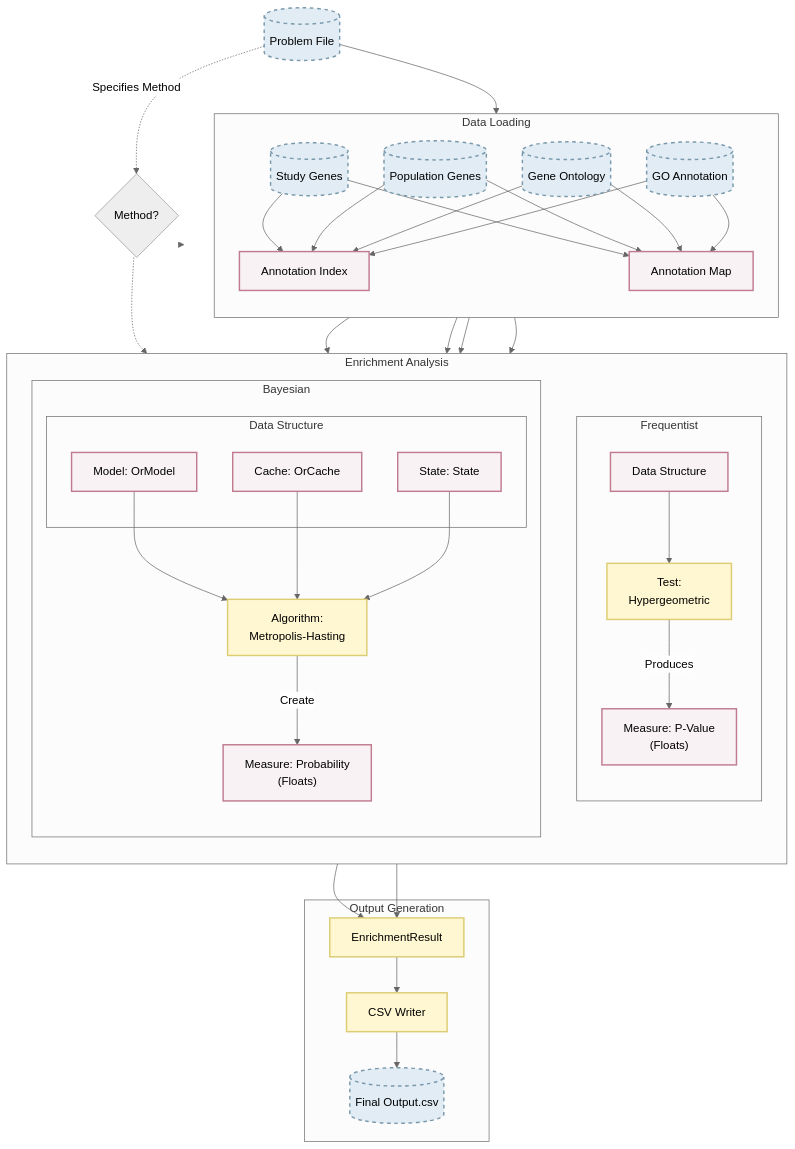
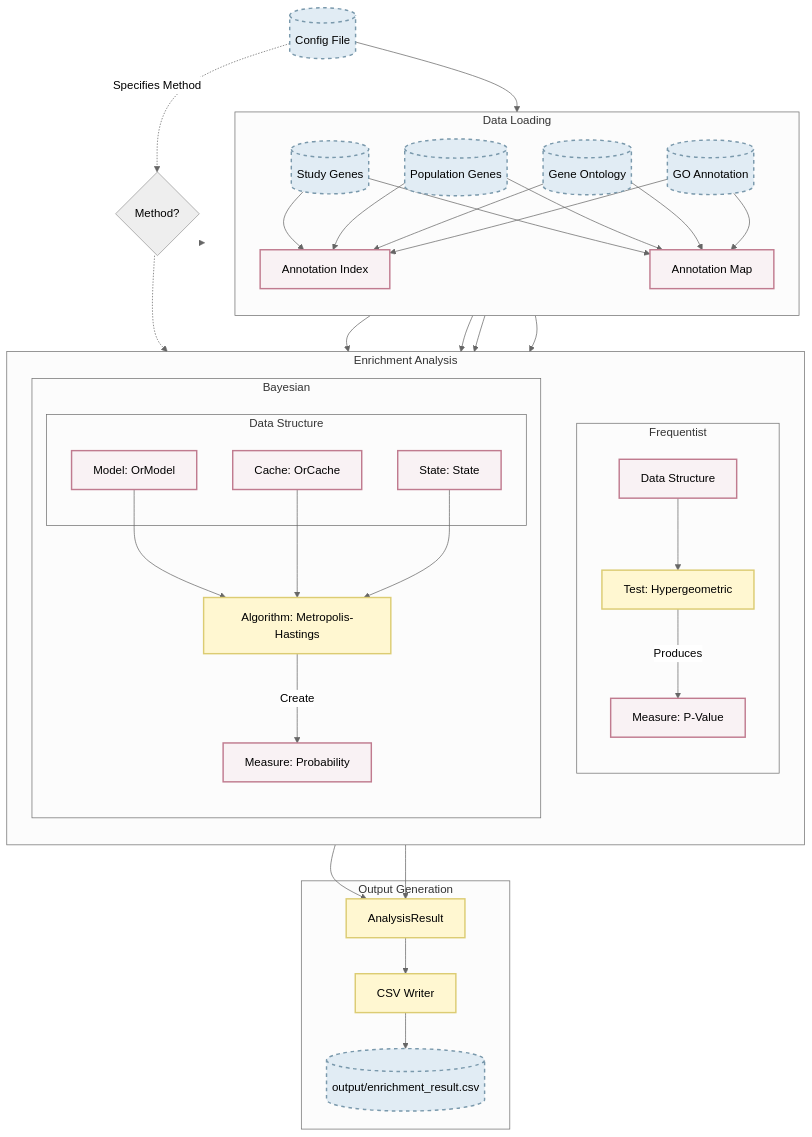
The diagram in README.md (P2GX/ontologizer), drawn with Mermaid (neutral theme) before and after one commit. The commit also changed other lines of this file and 9 other files, not shown here.

````diff
--- a/README.md
+++ b/README.md
@@ -48,20 +110,13 @@
 ```mermaid
 graph TD;
-    %% --- Define specific styles for clarity ---
     classDef file fill:#e1ecf4,stroke:#7a99ac,stroke-width:2px,stroke-dasharray: 5 5;
     classDef struct fill:#f9f2f4,stroke:#c07b8f,stroke-width:2px;
     classDef process fill:#fff7d1,stroke:#dccc73,stroke-width:2px;
 
-    %% --- Main Entry ---
-    %% ProblemFile now acts as the controller for both Data Loading and the Method Decision
-    ProblemFile[("Problem File")]:::file 
+    ProblemFile[("Config File")]:::file
     ProblemFile --> Data_Loading
-    
-    %% --- FIX 1: Explicitly show Problem File controls the Method ---
-    %% Dashed line implies "Configuration/Control" rather than data transformation
     ProblemFile -.->|Specifies Method| BranchDec{"Method?"}
 
-    %% --- Data Loading Phase ---
     subgraph Data_Loading ["Data Loading"]
         direction TB
         SF[("Study Genes")]:::file
@@ -71,27 +126,24 @@
 
         AnnotationIndex["Annotation Index"]:::struct
         AnnotationMap["Annotation Map"]:::struct
-        
+
         SF & PF & GOF & GAF --> AnnotationIndex
         SF & PF & GOF & GAF --> AnnotationMap
     end
 
-    %% --- Enrichment Analysis Block ---
     subgraph Analysis ["Enrichment Analysis"]
         direction TB
-        
-        %% --- BRANCH 1: Frequentist ---
+
         subgraph Frequentist_Module ["Frequentist"]
             direction TB
             FreqData["Data Structure"]:::struct
-            FreqTest["Test:<br/>Hypergeometric"]:::process
-            FreqMeasure["Measure: P-Value<br/>(Floats)"]:::struct
-            
+            FreqTest["Test: Hypergeometric"]:::process
+            FreqMeasure["Measure: P-Value"]:::struct
+
             FreqData --> FreqTest
             FreqTest -->|Produces| FreqMeasure
         end
 
-        %% --- BRANCH 2: Bayesian ---
         subgraph Bayesian_Module ["Bayesian"]
             direction TB
             subgraph BayesianData["Data Structure"]
@@ -100,35 +152,28 @@
                 State["State: State"]:::struct
             end
 
-            Algorithm["Algorithm:<br/>Metropolis-Hasting"]:::process
-            BayesMeasure["Measure: Probability<br/>(Floats)"]:::struct
+            Algorithm["Algorithm: Metropolis-Hastings"]:::process
+            BayesMeasure["Measure: Probability"]:::struct
 
-            %% Algorithm and State create the measure
             Model & Cache & State --> Algorithm
             Algorithm -->|Create| BayesMeasure
         end
     end
 
-    %% --- FIX 2: Data Flow (Derivation) ---
-    %% Show that the Analysis Structs are DERIVED FROM the Index/Map
     AnnotationIndex & AnnotationMap --> FreqData
     AnnotationIndex & AnnotationMap --> BayesianData
 
-    %% --- Control Flow (Decision) ---
-    %% The decision activates the module (Control), separate from the data feeding it
     BranchDec -.-> Frequentist_Module
     BranchDec -.-> Bayesian_Module
 
-    %% --- Convergence and Output ---
     subgraph Output_Phase ["Output Generation"]
-        Result["EnrichmentResult"]:::process
+        Result["AnalysisResult"]:::process
         Writer["CSV Writer"]:::process
-        OutputFile[("Final Output.csv")]:::file
+        OutputFile[("output/enrichment_result.csv")]:::file
 
-        %% Both branches feed into normalization
         FreqMeasure --> Result
         BayesMeasure --> Result
-        
+
         Result --> Writer
         Writer --> OutputFile
     end
````
